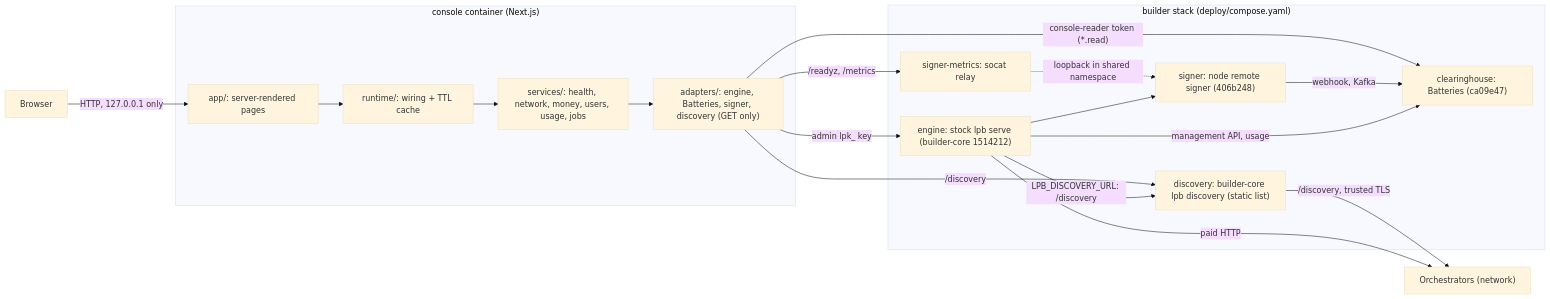
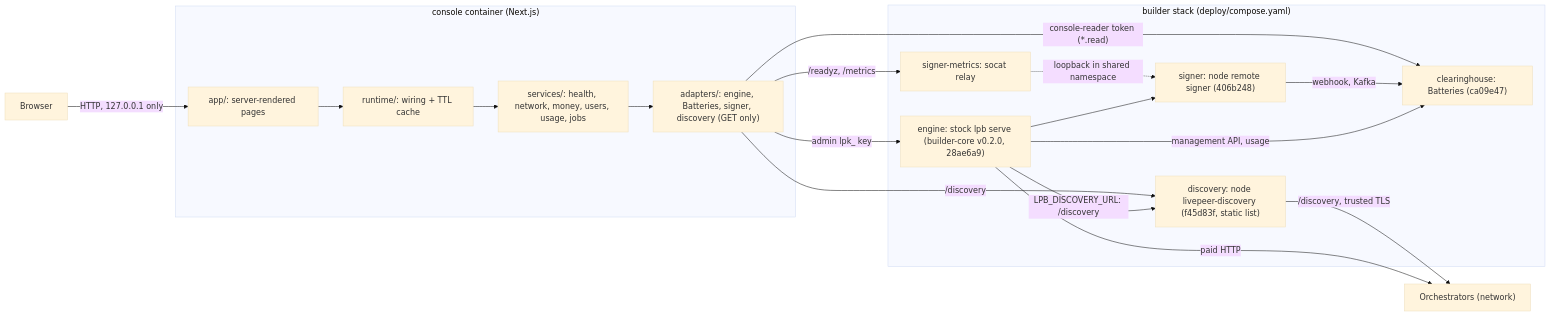
The first of 2 diagrams in ARCHITECTURE.md (NE-Build-Track/builder-core-console), drawn with Mermaid (base theme) before and after one commit. The commit also changed 10 other files, not shown here.

First line of the commit message:
docs: describe the stack at builder-core v0.2.0 with node's discovery

````diff
--- a/ARCHITECTURE.md
+++ b/ARCHITECTURE.md
@@ -9,27 +9,27 @@
 ```mermaid
 flowchart LR
     Browser["Browser"]
     subgraph Console["console container (Next.js)"]
         Pages["app/: server-rendered pages"]
         RT["runtime/: wiring + TTL cache"]
         SVC["services/: health, network, money, users, usage, jobs"]
         AD["adapters/: engine, Batteries, signer, discovery (GET only)"]
     end
     subgraph Stack["builder stack (deploy/compose.yaml)"]
-        Engine["engine: stock lpb serve (builder-core 1514212)"]
+        Engine["engine: stock lpb serve (builder-core v0.2.0, 28ae6a9)"]
         Bat["clearinghouse: Batteries (ca09e47)"]
         Signer["signer: node remote signer (406b248)"]
         Relay["signer-metrics: socat relay"]
-        Disc["discovery: builder-core lpb discovery (static list)"]
+        Disc["discovery: node livepeer-discovery (f45d83f, static list)"]
     end
     Orch["Orchestrators (network)"]
     Browser -->|"HTTP, 127.0.0.1 only"| Pages --> RT --> SVC --> AD
     AD -->|"admin lpk_ key"| Engine
     AD -->|"console-reader token (*.read)"| Bat
     AD -->|"/discovery"| Disc
     AD -->|"/readyz, /metrics"| Relay -.->|"loopback in shared namespace"| Signer
     Engine --> Signer -->|"webhook, Kafka"| Bat
     Engine -->|"LPB_DISCOVERY_URL: /discovery"| Disc -->|"/discovery, trusted TLS"| Orch
     Engine -->|"paid HTTP"| Orch
     Engine -->|"management API, usage"| Bat
 ```
````
